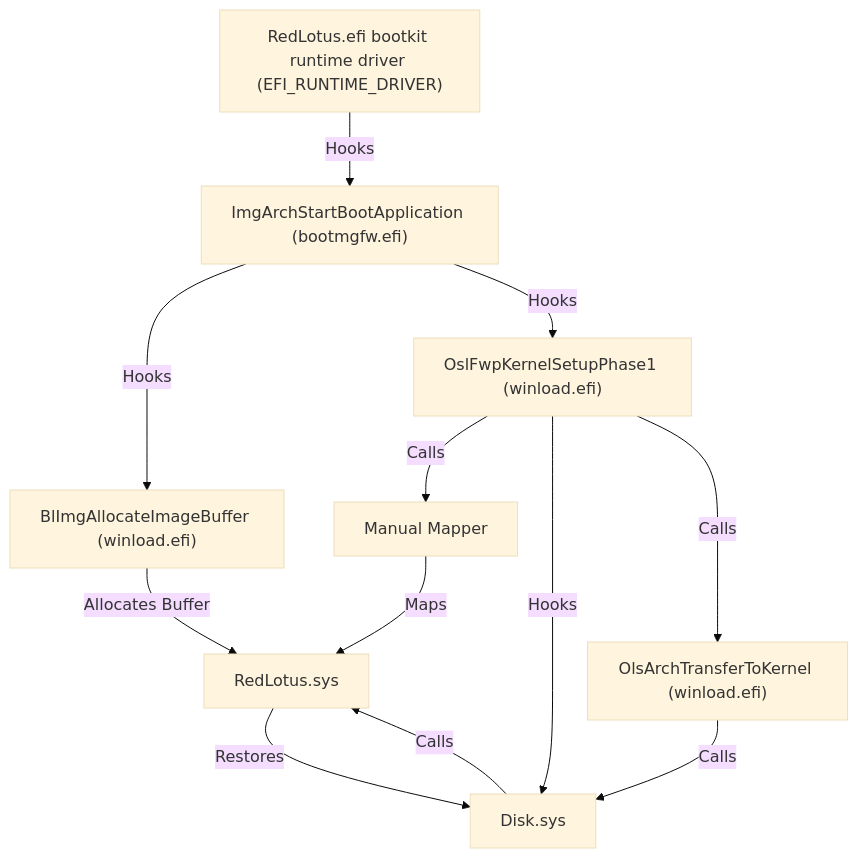
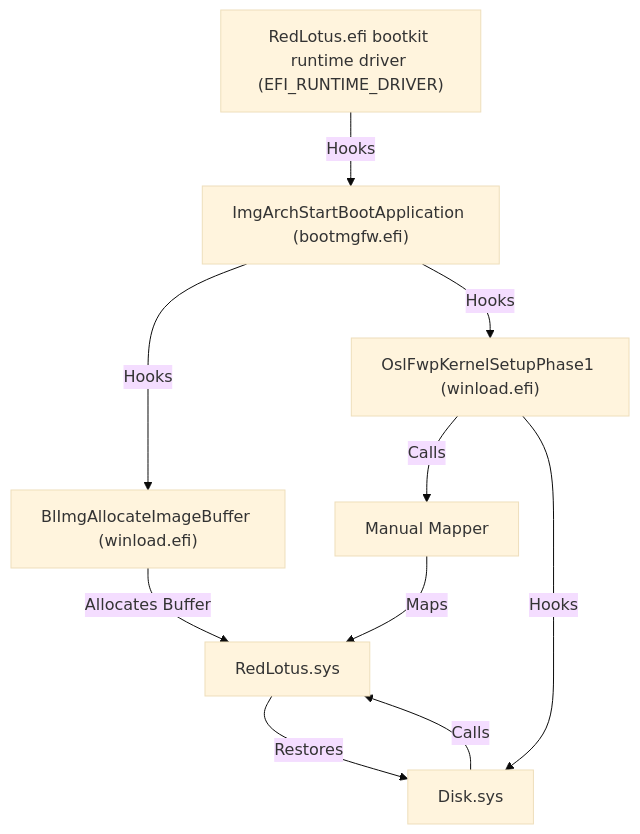
One commit to memN0ps/redlotus-rs changed the diagram in README.md. Above: the diagram before and after it, drawn with Mermaid (base theme).

````diff
--- a/README.md
+++ b/README.md
@@ -31,14 +31,12 @@
 ```mermaid
 graph TD;
     R["RedLotus.efi bootkit runtime driver (EFI_RUNTIME_DRIVER)"] -->|Hooks| A["ImgArchStartBootApplication (bootmgfw.efi)"];
     A["ImgArchStartBootApplication (bootmgfw.efi)"] -->|Hooks| B["BlImgAllocateImageBuffer (winload.efi)"];
     B -->|Allocates Buffer| G[RedLotus.sys];
     A -->|Hooks| C["OslFwpKernelSetupPhase1 (winload.efi)"];
     C -->|Calls| D[Manual Mapper];
     D -->|Maps | G[RedLotus.sys]
     C -->|Hooks| E[Disk.sys];
-    C -->|Calls| F["OlsArchTransferToKernel (winload.efi)"];
-    F -->|Calls| E[Disk.sys];
     E -->|Calls| G[RedLotus.sys];
     G -->|Restores| E;
 ```
````
